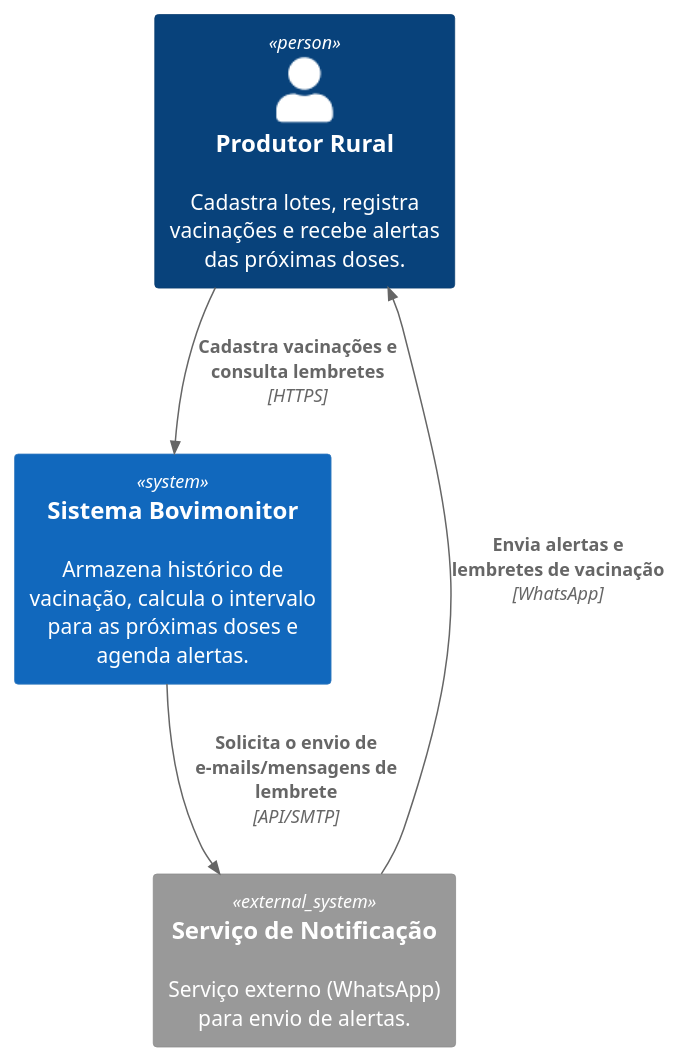
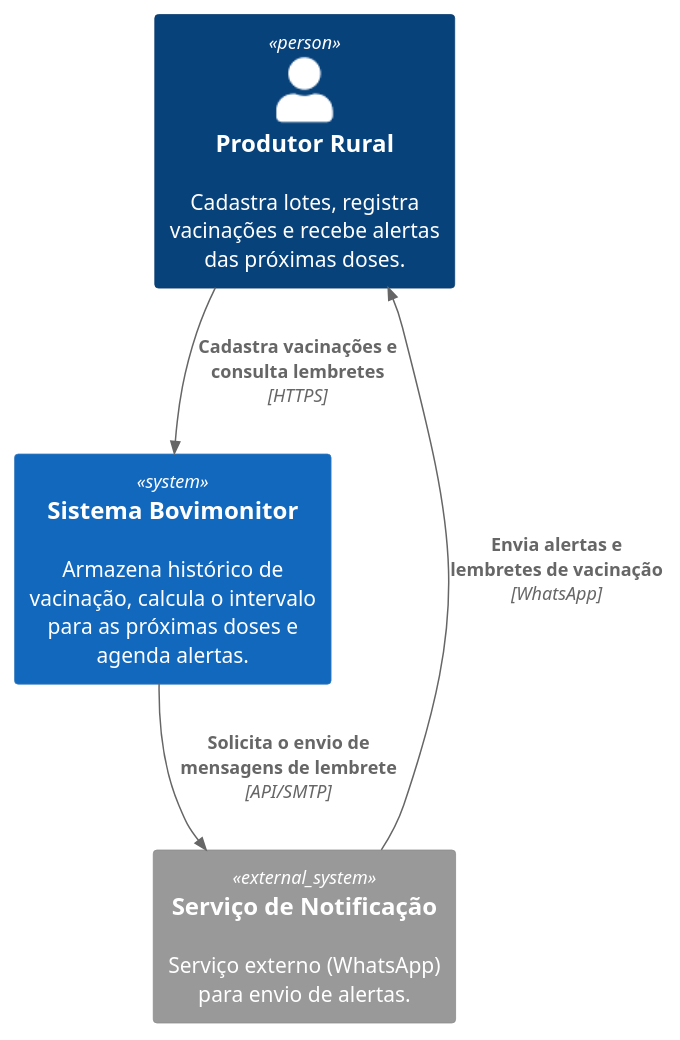
One commit to Jhonvts/project_bovimonitor changed the diagram in contexto.puml. Above: the diagram before and after it, drawn with PlantUML.

Commit message:
retificação do type de notificação

```diff
--- a/contexto.puml
+++ b/contexto.puml
@@ -1,11 +1,11 @@
 @startuml
 !include https://raw.githubusercontent.com/plantuml-stdlib/C4-PlantUML/master/C4_Context.puml
 
 Person(produtor, "Produtor Rural", "Cadastra lotes, registra vacinações e recebe alertas das próximas doses.")
 System(sistema, "Sistema Bovimonitor", "Armazena histórico de vacinação, calcula o intervalo para as próximas doses e agenda alertas.")
 System_Ext(notificacao, "Serviço de Notificação", "Serviço externo (WhatsApp) para envio de alertas.")
 
 Rel(produtor, sistema, "Cadastra vacinações e consulta lembretes", "HTTPS")
-Rel(sistema, notificacao, "Solicita o envio de e-mails/mensagens de lembrete", "API/SMTP")
+Rel(sistema, notificacao, "Solicita o envio de mensagens de lembrete", "API/SMTP")
 Rel(notificacao, produtor, "Envia alertas e lembretes de vacinação", "WhatsApp")
 @enduml
```
